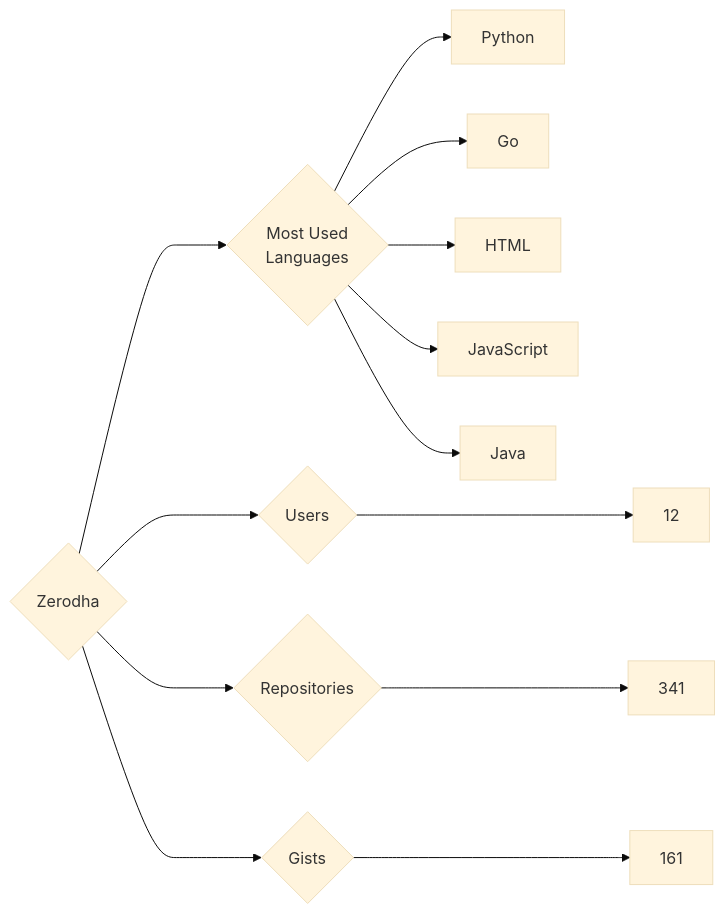
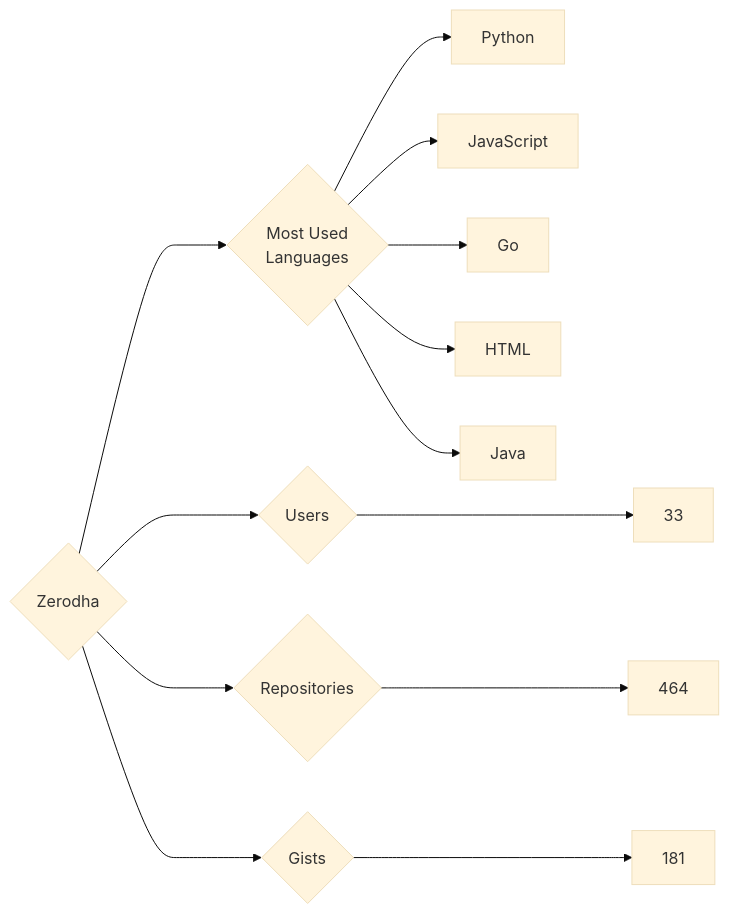
One commit to trickest/insiders changed the diagram in targets/Zerodha/README.md. Above: the diagram before and after it, drawn with Mermaid (base theme). The commit also changed 715 other files, not shown here.

````diff
--- a/targets/Zerodha/README.md
+++ b/targets/Zerodha/README.md
@@ -3,13 +3,13 @@
 ```mermaid
 graph LR
 COMPANY_NAME{Zerodha}
-COMPANY_NAME ---> U{Users} ---> UN[12]
-COMPANY_NAME ---> R{Repositories} ---> RN[341]
-COMPANY_NAME ---> G{Gists} ---> GN[161]
+COMPANY_NAME ---> U{Users} ---> UN[33]
+COMPANY_NAME ---> R{Repositories} ---> RN[464]
+COMPANY_NAME ---> G{Gists} ---> GN[181]
 COMPANY_NAME ---> ML{Most Used<br>Languages}
 ML --> Python[Python]
+ML --> JavaScript[JavaScript]
 ML --> Go[Go]
 ML --> HTML[HTML]
-ML --> JavaScript[JavaScript]
 ML --> Java[Java]
 ```
````
